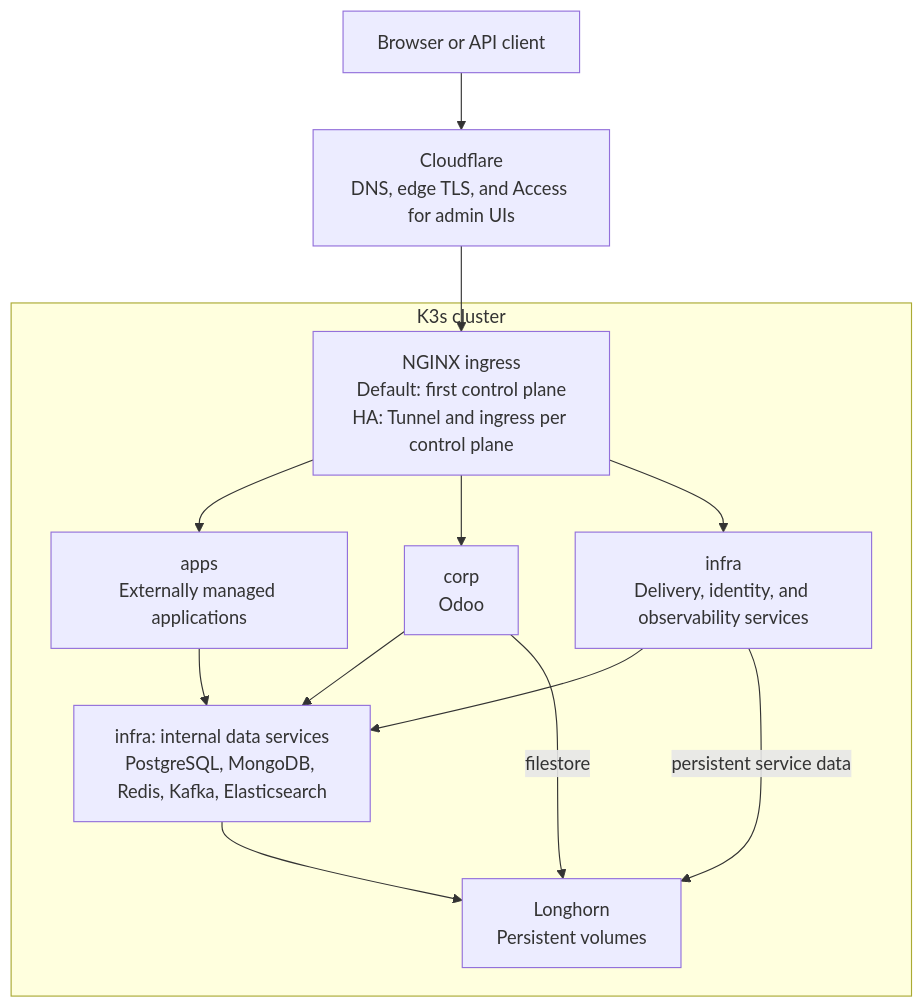
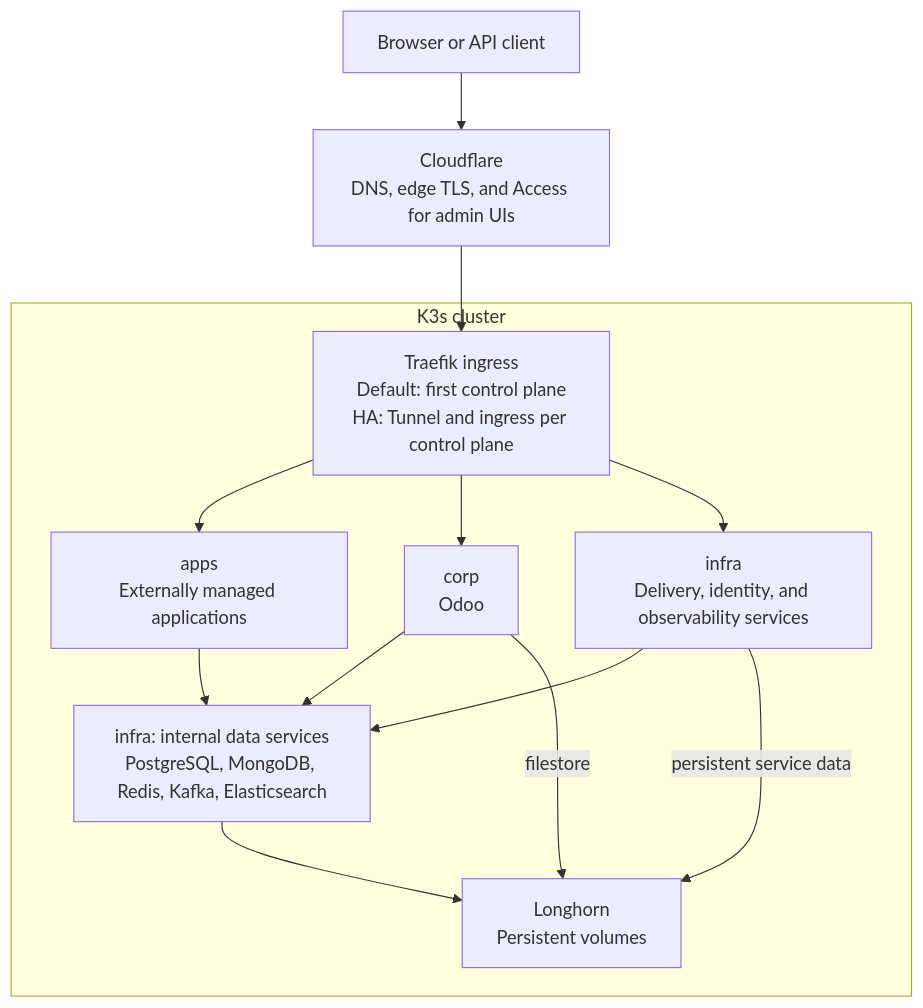
The diagram in README.md (chefzaid/bm-cluster), drawn with Mermaid before and after one commit. The commit also changed other lines of this file and 233 other files, not shown here.

````diff
--- a/README.md
+++ b/README.md
@@ -26,24 +26,24 @@
 ```mermaid
 flowchart TB
     accTitle: Cluster architecture and application ownership
     accDescr: Public traffic enters through Cloudflare. Default ingress uses the first control plane; the optional HA profile uses replicated tunnel connectors and ingress on every control plane. Applications and platform services use internal data services and persistent storage.
     Client["Browser or API client"] --> CF["Cloudflare<br/>DNS, edge TLS, and Access for admin UIs"]
     subgraph Cluster["K3s cluster"]
-        Ingress["NGINX ingress<br/>Default: first control plane<br/>HA: Tunnel and ingress per control plane"]
+        Ingress["Traefik ingress<br/>Default: first control plane<br/>HA: Tunnel and ingress per control plane"]
         Apps["apps<br/>Externally managed applications"]
         Corp["corp<br/>Odoo"]
         Platform["infra<br/>Delivery, identity, and observability services"]
         Data["infra: internal data services<br/>PostgreSQL, MongoDB, Redis, Kafka, Elasticsearch"]
         Storage["Longhorn<br/>Persistent volumes"]
         Ingress --> Apps
         Ingress --> Corp
         Ingress --> Platform
         Apps --> Data
         Corp --> Data
         Platform --> Data
         Corp -->|filestore| Storage
         Platform -->|persistent service data| Storage
         Data --> Storage
     end
     CF --> Ingress
 ```
````
